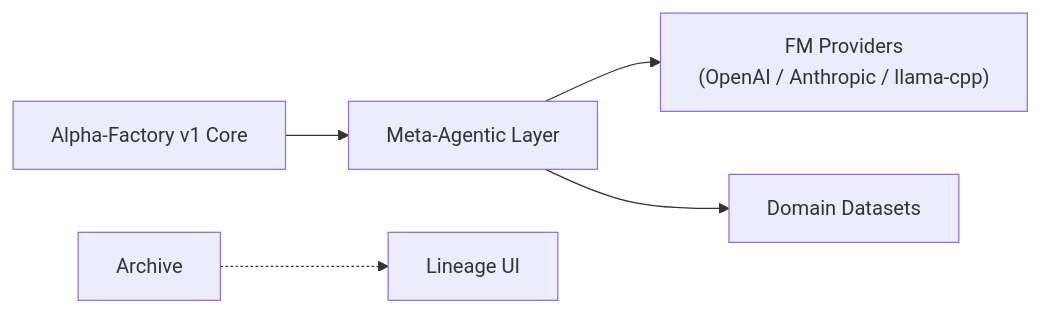
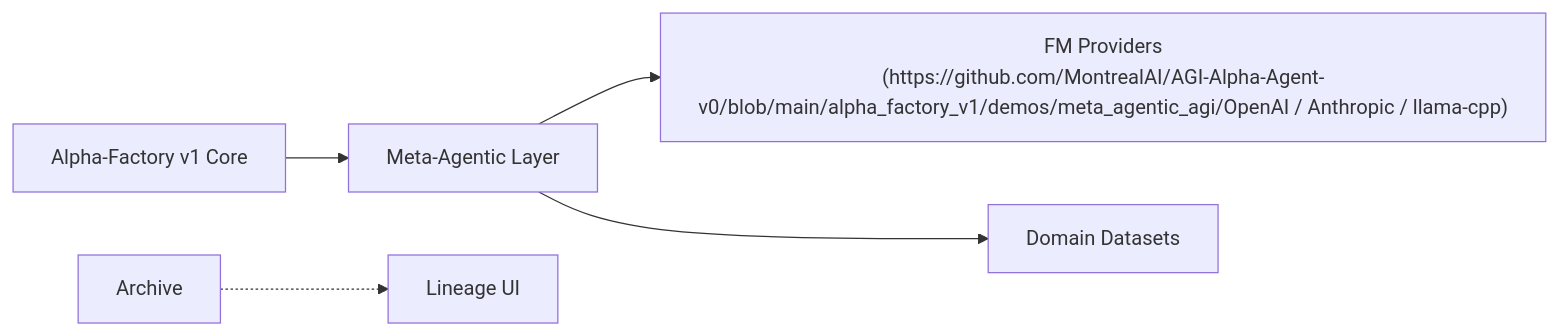
The third of 3 diagrams in docs/demos/meta_agentic_agi.md (MontrealAI/AGI-Alpha-Agent-v0), drawn with Mermaid before and after one commit. The commit also changed other lines of this file and 22 other files, not shown here.

````diff
--- a/docs/demos/meta_agentic_agi.md
+++ b/docs/demos/meta_agentic_agi.md
@@ -189,12 +190,12 @@
 ```mermaid
 flowchart LR
   AFV1["Alpha‑Factory v1 Core"]
   MAA["Meta‑Agentic Layer"]
-  Providers["FM Providers<br/>(OpenAI / Anthropic / llama‑cpp)"]
+  Providers["FM Providers<br/>(https://github.com/MontrealAI/AGI-Alpha-Agent-v0/blob/main/alpha_factory_v1/demos/meta_agentic_agi/OpenAI / Anthropic / llama‑cpp)"]
   Dataset["Domain Datasets"]
   UI2["Lineage UI"]
   AFV1 --> MAA
   MAA --> Providers
   MAA --> Dataset
   Archive -.-> UI2
 ```
````
